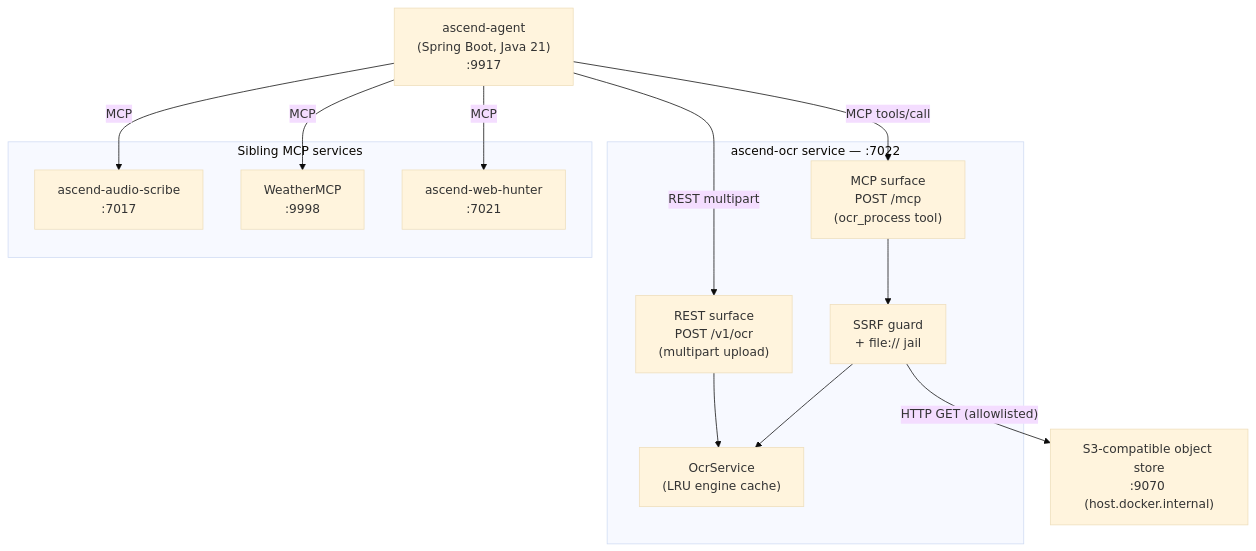
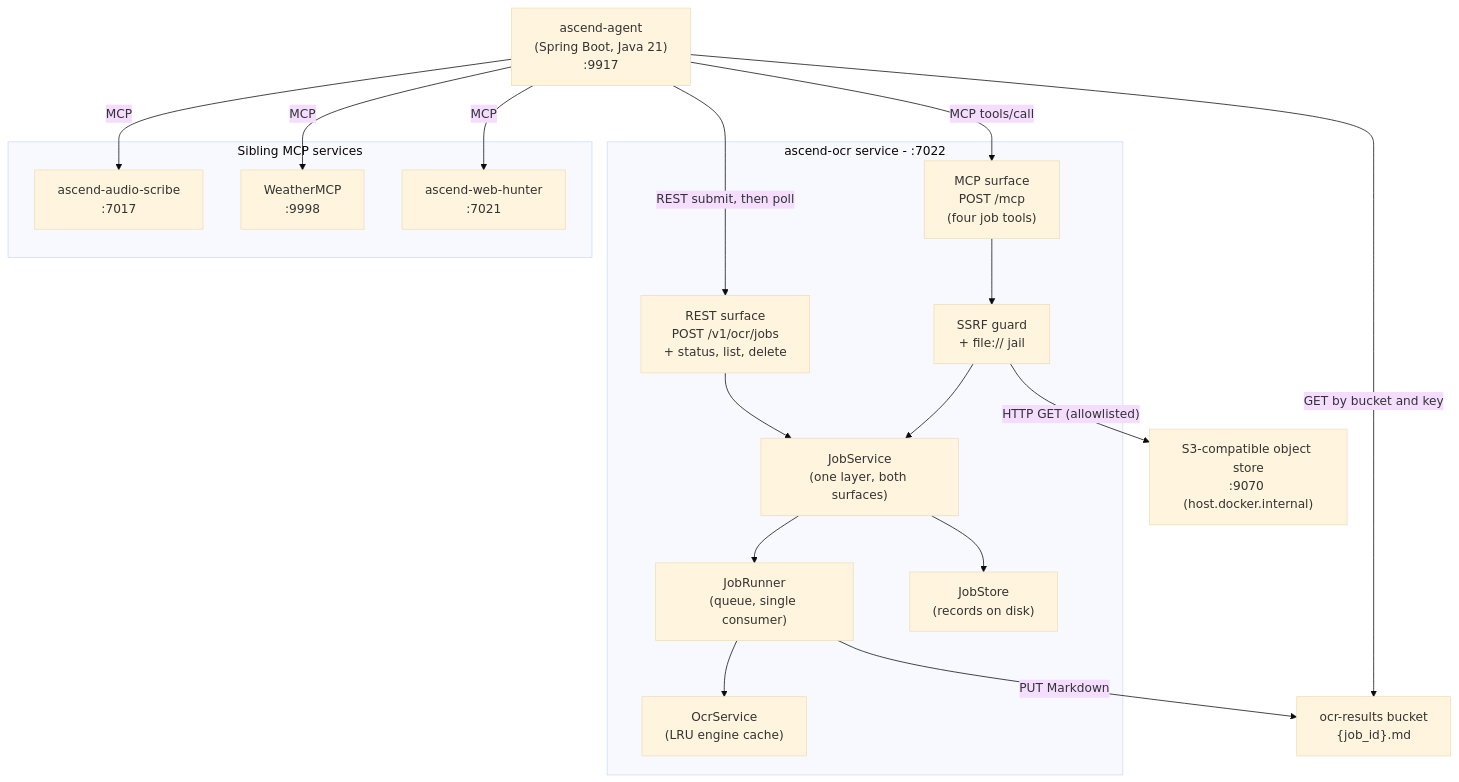
One commit to Lukk17/AscendAI changed the first of 2 diagrams in apps/ascend-ocr/docs/architecture/diagrams/container-diagram.md. Above: the diagram before and after it, drawn with Mermaid (base theme). The commit also changed other lines of this file and 1022 other files, not shown here.

First line of the commit message:
feat(ocr): move ascend-ocr to a job interface, add Pact contract tests and release six services (#5)

````diff
--- a/apps/ascend-ocr/docs/architecture/diagrams/container-diagram.md
+++ b/apps/ascend-ocr/docs/architecture/diagrams/container-diagram.md
@@ -7,31 +7,40 @@
 ```mermaid
 graph TB
     accTitle: ascend-ocr C4 Container Diagram
     accDescr: Shows ascend-ocr's position in the AscendAI platform, its callers, and its downstream dependencies.
 
     Agent["ascend-agent<br/>(Spring Boot, Java 21)<br/>:9917"]
     ObjectStore["S3-compatible object store<br/>:9070 (host.docker.internal)"]
+    Bucket["ocr-results bucket<br/>{job_id}.md"]
 
-    subgraph "ascend-ocr service — :7022"
-        REST["REST surface<br/>POST /v1/ocr<br/>(multipart upload)"]
-        MCP["MCP surface<br/>POST /mcp<br/>(ocr_process tool)"]
+    subgraph "ascend-ocr service - :7022"
+        REST["REST surface<br/>POST /v1/ocr/jobs<br/>+ status, list, delete"]
+        MCP["MCP surface<br/>POST /mcp<br/>(four job tools)"]
+        JobSvc["JobService<br/>(one layer, both surfaces)"]
+        Runner["JobRunner<br/>(queue, single consumer)"]
+        Store["JobStore<br/>(records on disk)"]
         OCRSvc["OcrService<br/>(LRU engine cache)"]
         Guard["SSRF guard<br/>+ file:// jail"]
     end
 
     subgraph "Sibling MCP services"
         AudioScribe["ascend-audio-scribe<br/>:7017"]
         WeatherMCP["WeatherMCP<br/>:9998"]
         WebHunter["ascend-web-hunter<br/>:7021"]
     end
 
     Agent -->|"MCP tools/call"| MCP
-    Agent -->|"REST multipart"| REST
-    REST --> OCRSvc
+    Agent -->|"REST submit, then poll"| REST
+    REST --> JobSvc
     MCP --> Guard
     Guard -->|"HTTP GET (allowlisted)"| ObjectStore
-    Guard --> OCRSvc
+    Guard --> JobSvc
+    JobSvc --> Store
+    JobSvc --> Runner
+    Runner --> OCRSvc
+    Runner -->|"PUT Markdown"| Bucket
+    Agent -->|"GET by bucket and key"| Bucket
     Agent -->|"MCP"| AudioScribe
     Agent -->|"MCP"| WeatherMCP
     Agent -->|"MCP"| WebHunter
 ```
````
